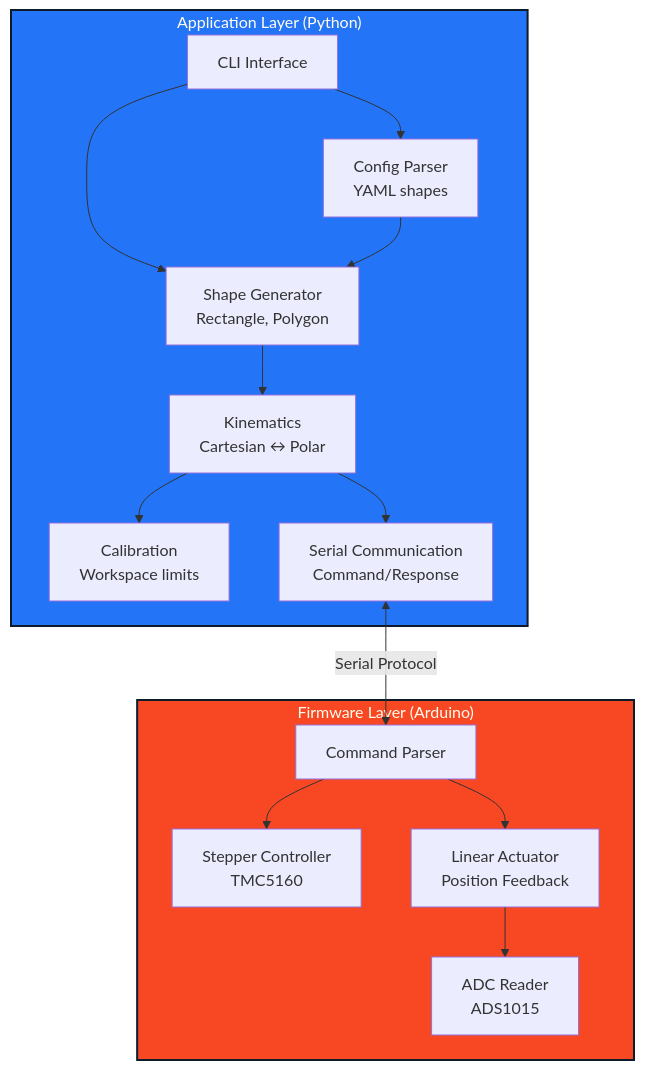
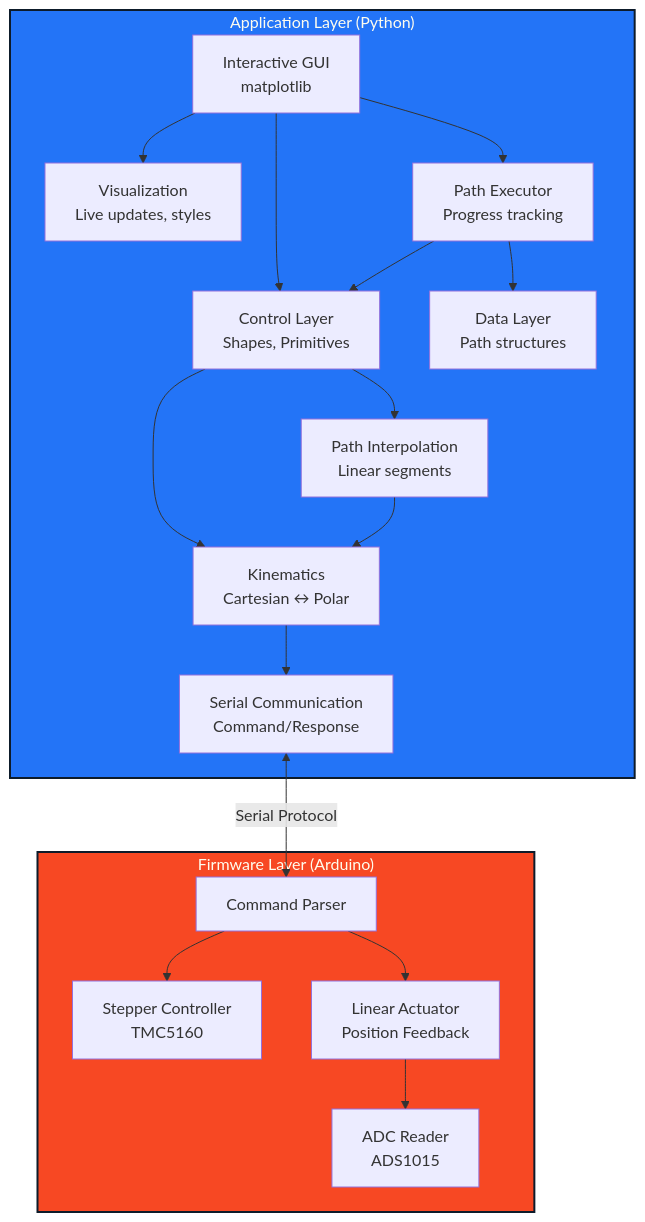
The diagram in docs/ARCHITECTURE.md (nishalangovender/swe-oa1-pen-plotter), drawn with Mermaid before and after one commit. The commit also changed other lines of this file and 23 other files, not shown here.

Commit message:
Complete Interactive GUI and Documentation

````diff
--- a/docs/ARCHITECTURE.md
+++ b/docs/ARCHITECTURE.md
@@ -7,34 +7,39 @@
 ```mermaid
 graph TB
     subgraph Python["Application Layer (Python)"]
-        CLI[CLI Interface]
-        Shapes[Shape Generator<br/>Rectangle, Polygon]
-        Config[Config Parser<br/>YAML shapes]
+        GUI[Interactive GUI<br/>matplotlib]
+        Viz[Visualization<br/>Live updates, styles]
+        Control[Control Layer<br/>Shapes, Primitives]
+        Executor[Path Executor<br/>Progress tracking]
+        Data[Data Layer<br/>Path structures]
         Kinematics[Kinematics<br/>Cartesian ↔ Polar]
-        Calib[Calibration<br/>Workspace limits]
+        Path[Path Interpolation<br/>Linear segments]
         Serial[Serial Communication<br/>Command/Response]
 
-        CLI --> Shapes
-        CLI --> Config
-        Config --> Shapes
-        Shapes --> Kinematics
-        Kinematics --> Calib
+        GUI --> Viz
+        GUI --> Control
+        GUI --> Executor
+        Control --> Path
+        Executor --> Control
+        Executor --> Data
+        Control --> Kinematics
+        Path --> Kinematics
         Kinematics --> Serial
     end
 
     subgraph Firmware["Firmware Layer (Arduino)"]
         Parser[Command Parser]
         Stepper[Stepper Controller<br/>TMC5160]
         Linear[Linear Actuator<br/>Position Feedback]
         ADC[ADC Reader<br/>ADS1015]
 
         Parser --> Stepper
         Parser --> Linear
         Linear --> ADC
     end
 
     Serial <-->|Serial Protocol| Parser
 
     style Python fill:#2374f7,stroke:#0d1b2a,stroke-width:2px,color:#fffdee
     style Firmware fill:#f74823,stroke:#0d1b2a,stroke-width:2px,color:#fffdee
 ```
````
